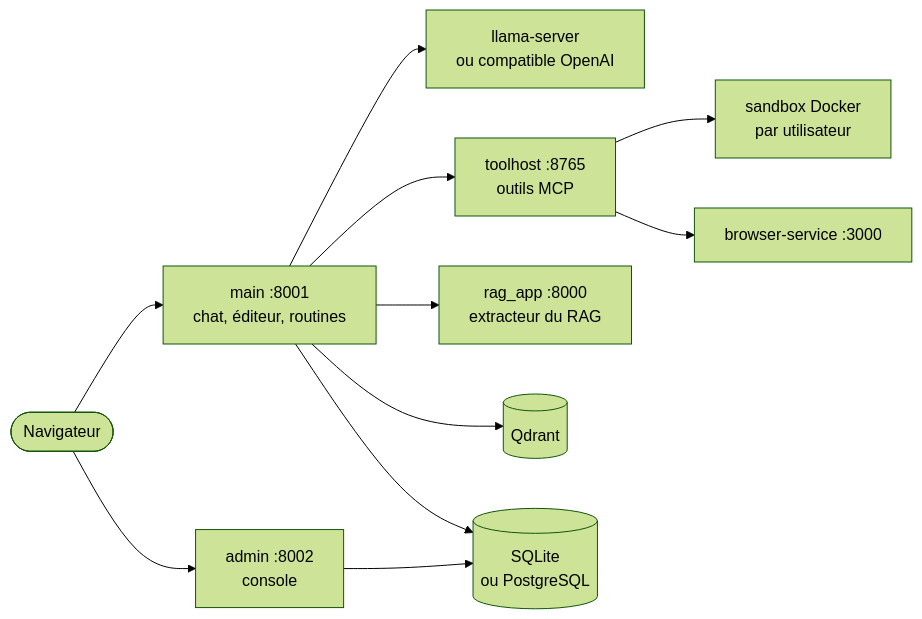
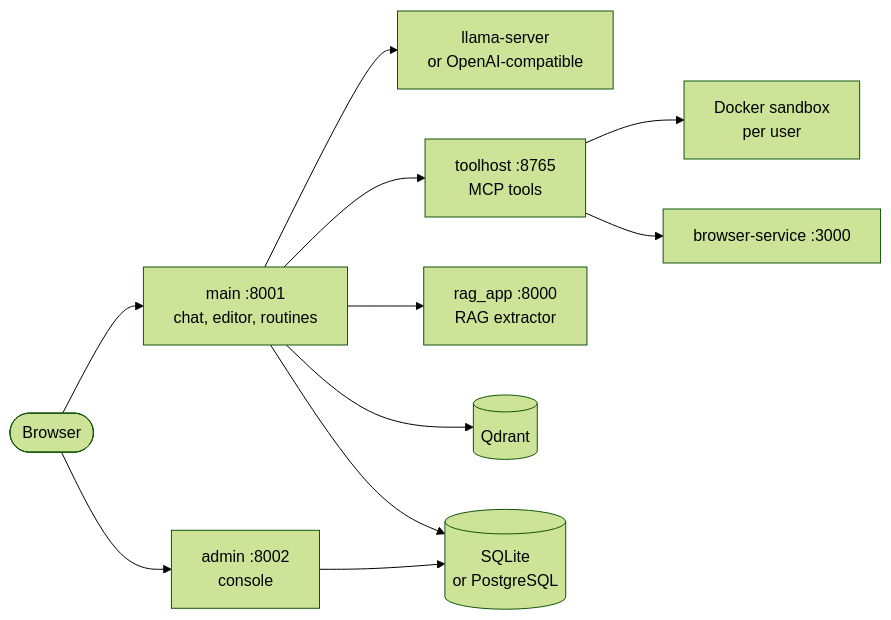
The diagram in README.md (toto-fou/Elpis), drawn with Mermaid (forest theme) before and after one commit. The commit also changed other lines of this file and 1 other file, not shown here.

````diff
--- a/README.md
+++ b/README.md
@@ -50,13 +63,13 @@
 ```mermaid
 flowchart LR
-    nav([Navigateur]) --> main["main :8001<br/>chat, éditeur, routines"]
+    nav([Browser]) --> main["main :8001<br/>chat, editor, routines"]
     nav --> admin["admin :8002<br/>console"]
-    main --> llm["llama-server<br/>ou compatible OpenAI"]
-    main --> toolhost["toolhost :8765<br/>outils MCP"]
-    main --> rag["rag_app :8000<br/>extracteur du RAG"]
+    main --> llm["llama-server<br/>or OpenAI-compatible"]
+    main --> toolhost["toolhost :8765<br/>MCP tools"]
+    main --> rag["rag_app :8000<br/>RAG extractor"]
     main --> qdrant[("Qdrant")]
-    toolhost --> sandbox["sandbox Docker<br/>par utilisateur"]
+    toolhost --> sandbox["Docker sandbox<br/>per user"]
     toolhost --> browser["browser-service :3000"]
-    main --> db[("SQLite<br/>ou PostgreSQL")]
+    main --> db[("SQLite<br/>or PostgreSQL")]
     admin --> db
 ```
````
